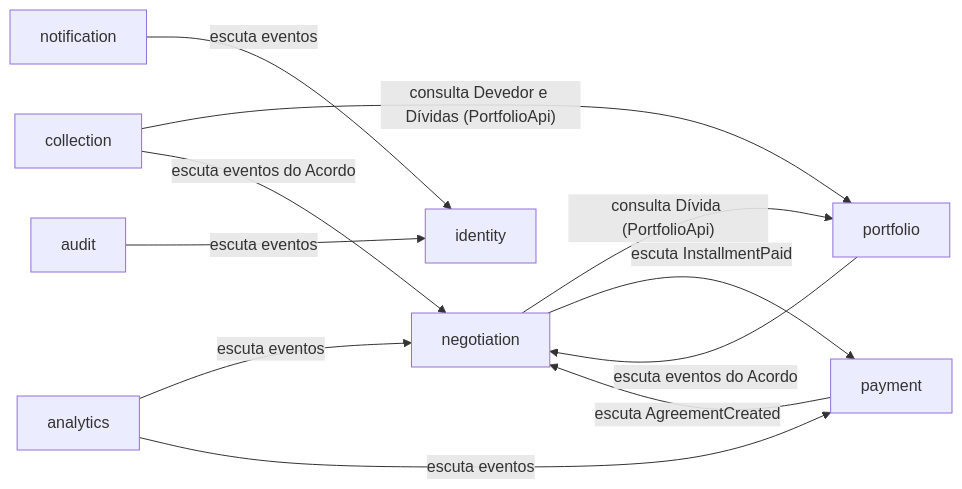
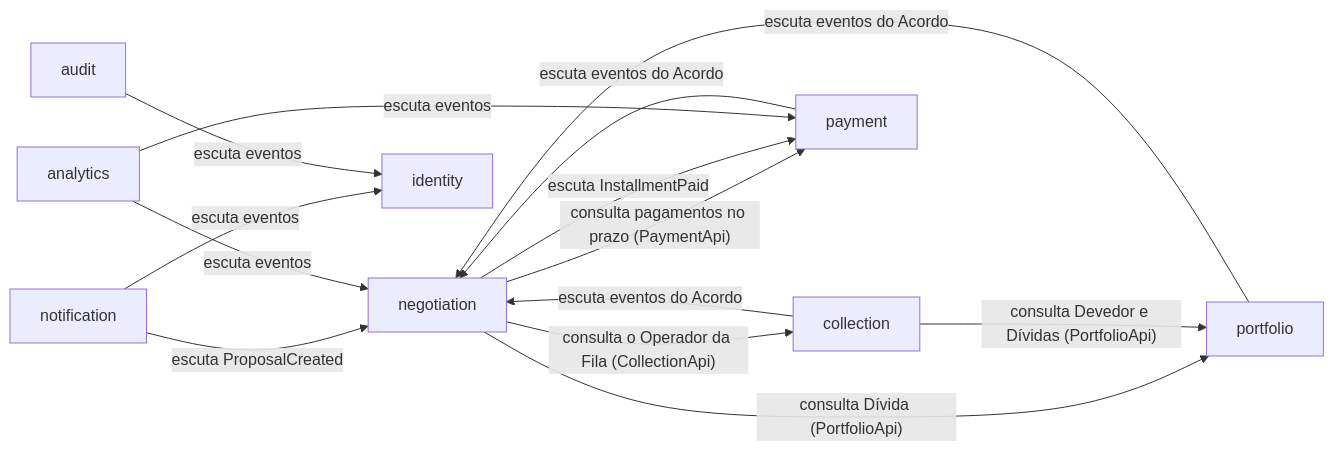
The second of 5 diagrams in docs/lld/api.md (quita-app/quita-docs), drawn with Mermaid before and after one commit. The commit also changed other lines of this file and 33 other files, not shown here.

````diff
--- a/docs/lld/api.md
+++ b/docs/lld/api.md
@@ -119,13 +119,16 @@
 ```mermaid
 flowchart LR
   negotiation -- "consulta Dívida (PortfolioApi)" --> portfolio
   collection -- "consulta Devedor e Dívidas (PortfolioApi)" --> portfolio
-  payment -- "escuta AgreementCreated" --> negotiation
+  negotiation -- "consulta o Operador da Fila (CollectionApi)" --> collection
+  negotiation -- "consulta pagamentos no prazo (PaymentApi)" --> payment
+  payment -- "escuta eventos do Acordo" --> negotiation
   negotiation -- "escuta InstallmentPaid" --> payment
   portfolio -- "escuta eventos do Acordo" --> negotiation
   collection -- "escuta eventos do Acordo" --> negotiation
   notification -- "escuta eventos" --> identity
+  notification -- "escuta ProposalCreated" --> negotiation
   analytics -- "escuta eventos" --> negotiation
   analytics -- "escuta eventos" --> payment
   audit -- "escuta eventos" --> identity
 ```
````
